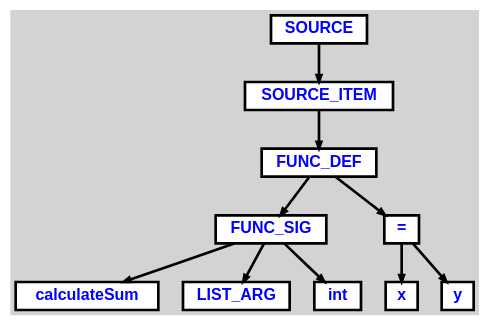
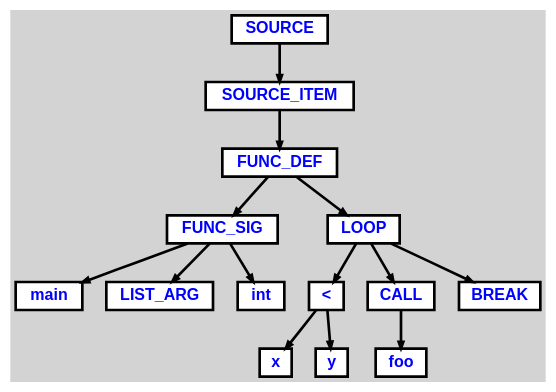
Before and after one commit to popov-p/itmo-spo-2024: the diagram in Lab-1/src/tree.dot, drawn with Graphviz. The commit also changed 21 other files, not shown here.

```diff
--- a/Lab-1/src/tree.dot
+++ b/Lab-1/src/tree.dot
@@ -1,31 +1,39 @@
 digraph {
 
 	ordering=out;
 	ranksep=.4;
 	bgcolor="lightgrey";  node [shape=box, fixedsize=false, fontsize=12, fontname="Helvetica-bold", fontcolor="blue"
 	width=.25, height=.25, color="black", fillcolor="white", style="filled, solid, bold"];
 
 	edge [arrowsize=.5, color="black", style="bold"]
 
-	n0x7ca3d8c72770[label="SOURCE"]
-	n0x7ca3d8c72638[label="SOURCE_ITEM"]
-	n0x7ca3d8c72500[label="FUNC_DEF"]
-	n0x7ca3d8c713f0[label="FUNC_SIG"]
-	n0x7ca3d8c71180[label="calculateSum"]
-	n0x7ca3d8c712b8[label="LIST_ARG"]
-	n0x7ca3d8c71660[label="int"]
-	n0x7ca3d8c72290[label="="]
-	n0x7ca3d8c72020[label="x"]
-	n0x7ca3d8c723c8[label="y"]
+	n0x7ffff7cfac50[label="SOURCE"]
+	n0x7ffff7cfab18[label="SOURCE_ITEM"]
+	n0x7ffff7cfa290[label="FUNC_DEF"]
+	n0x7ffff7cf93f0[label="FUNC_SIG"]
+	n0x7ffff7cf9180[label="main"]
+	n0x7ffff7cf92b8[label="LIST_ARG"]
+	n0x7ffff7cf9660[label="int"]
+	n0x7ffff7cfa3c8[label="LOOP"]
+	n0x7ffff7cf9c78[label="<"]
+	n0x7ffff7cf9db0[label="x"]
+	n0x7ffff7cfa020[label="y"]
+	n0x7ffff7cfa8a8[label="CALL"]
+	n0x7ffff7cfa770[label="foo"]
+	n0x7ffff7cfa9e0[label="BREAK"]
 
-		n0x7ca3d8c72770 -> n0x7ca3d8c72638		// SOURCE -> SOURCE_ITEM
-		n0x7ca3d8c72638 -> n0x7ca3d8c72500		// SOURCE_ITEM -> FUNC_DEF
-		n0x7ca3d8c72500 -> n0x7ca3d8c713f0		// FUNC_DEF -> FUNC_SIG
-		n0x7ca3d8c713f0 -> n0x7ca3d8c71180		// FUNC_SIG -> calculateSum
-		n0x7ca3d8c713f0 -> n0x7ca3d8c712b8		// FUNC_SIG -> LIST_ARG
-		n0x7ca3d8c713f0 -> n0x7ca3d8c71660		// FUNC_SIG -> int
-		n0x7ca3d8c72500 -> n0x7ca3d8c72290		// FUNC_DEF -> =
-		n0x7ca3d8c72290 -> n0x7ca3d8c72020		// = -> x
-		n0x7ca3d8c72290 -> n0x7ca3d8c723c8		// = -> y
+		n0x7ffff7cfac50 -> n0x7ffff7cfab18		// SOURCE -> SOURCE_ITEM
+		n0x7ffff7cfab18 -> n0x7ffff7cfa290		// SOURCE_ITEM -> FUNC_DEF
+		n0x7ffff7cfa290 -> n0x7ffff7cf93f0		// FUNC_DEF -> FUNC_SIG
+		n0x7ffff7cf93f0 -> n0x7ffff7cf9180		// FUNC_SIG -> main
+		n0x7ffff7cf93f0 -> n0x7ffff7cf92b8		// FUNC_SIG -> LIST_ARG
+		n0x7ffff7cf93f0 -> n0x7ffff7cf9660		// FUNC_SIG -> int
+		n0x7ffff7cfa290 -> n0x7ffff7cfa3c8		// FUNC_DEF -> LOOP
+		n0x7ffff7cfa3c8 -> n0x7ffff7cf9c78		// LOOP -> <
+		n0x7ffff7cf9c78 -> n0x7ffff7cf9db0		// < -> x
+		n0x7ffff7cf9c78 -> n0x7ffff7cfa020		// < -> y
+		n0x7ffff7cfa3c8 -> n0x7ffff7cfa8a8		// LOOP -> CALL
+		n0x7ffff7cfa8a8 -> n0x7ffff7cfa770		// CALL -> foo
+		n0x7ffff7cfa3c8 -> n0x7ffff7cfa9e0		// LOOP -> BREAK
 
 }
```
